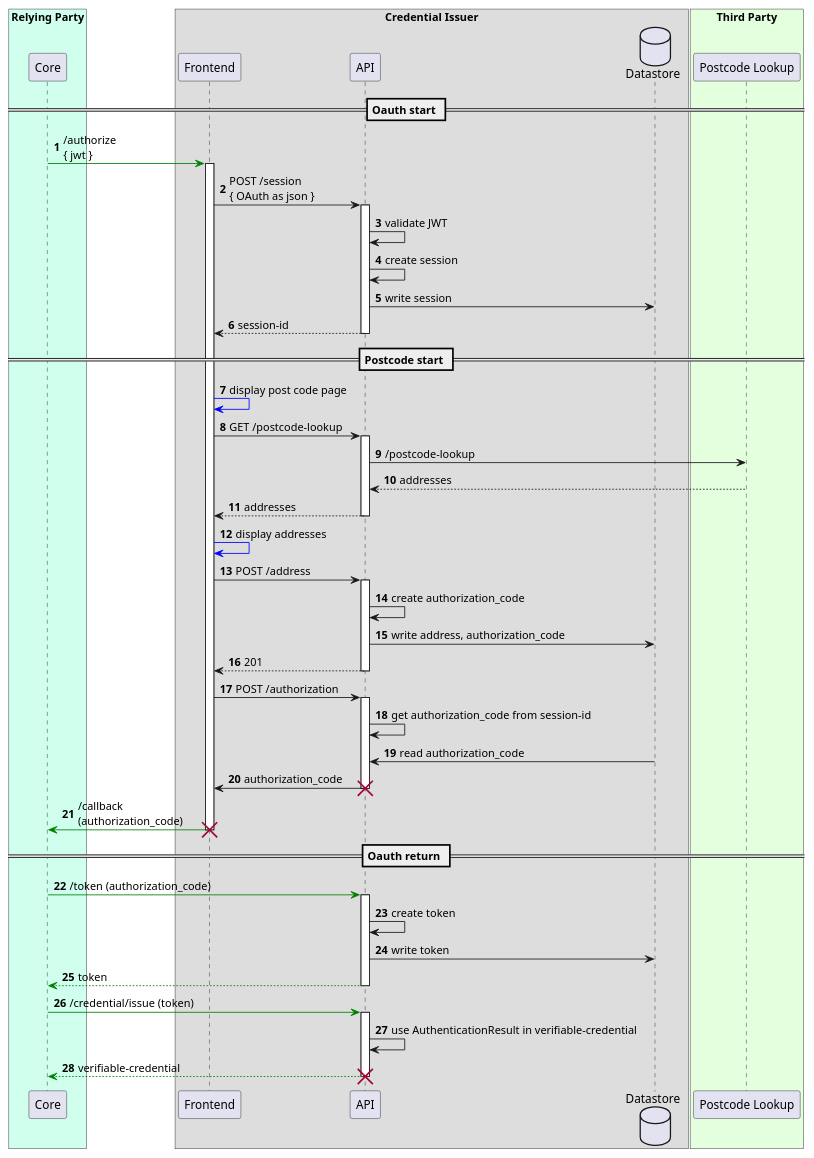
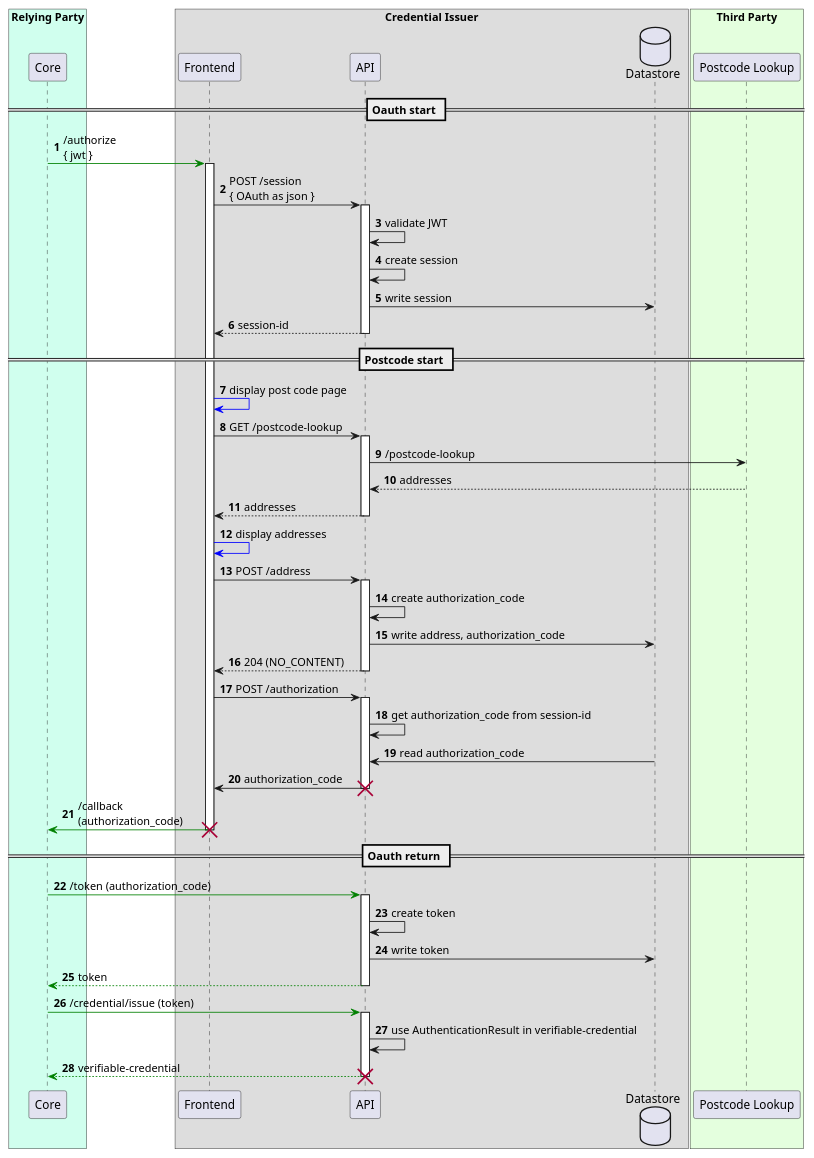
Before and after one commit to govuk-one-login/ipv-cri-address-api: the diagram in doc/api.puml, drawn with PlantUML.

Commit message:
Updated documentation to reflect HTTP 204 vs 201

```diff
--- a/doc/api.puml
+++ b/doc/api.puml
@@ -1,76 +1,76 @@
 @startuml
 'https://plantuml.com/sequence-diagram
 
 autonumber
 skinparam backgroundColor #ffffff
 
 'actor User
 box "Relying Party" #d0ffee
 participant Core as core
 end box
 
 box "Credential Issuer"
 participant Frontend as fe
 participant API as api
 database Datastore as db
 
 box "Third Party" #e4ffde
 participant "Postcode Lookup" as pcl
 end box
 == Oauth start ==
 
 core -[#green]> fe : /authorize\n{ jwt }
 activate fe
 
 fe -> api: POST /session\n{ OAuth as json }
 activate api
 api -> api: validate JWT
 api -> api: create session
 api -> db: write session
 return session-id
 
 == Postcode start ==
 
 fe-[#blue]>fe: display post code page
 
 fe -> api: GET /postcode-lookup
 activate api
 api->pcl: /postcode-lookup
 api<--pcl: addresses
 return addresses
 
 fe-[#blue]>fe: display addresses
 
 fe->api: POST /address
 activate api
 
 api -> api: create authorization_code
 api -> db: write address, authorization_code
-return 201
+return 204 (NO_CONTENT)
 
 fe -> api: POST /authorization
 activate api
 api -> api: get authorization_code from session-id
 db -> api: read authorization_code
 api -> fe: authorization_code
 destroy api
 
 core <[#green]- fe: /callback\n(authorization_code)
 destroy fe
 == Oauth return ==
 
 
 
 core -[#green]> api: /token (authorization_code)
 activate api
 api -> api: create token
 api -> db: write token
 return token
 core -[#green]> api: /credential/issue (token)
 activate api
 api -> api: use AuthenticationResult in verifiable-credential
 return verifiable-credential
 
 
 destroy api
 @enduml
```
